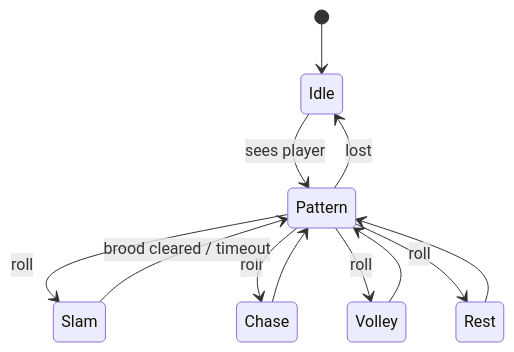
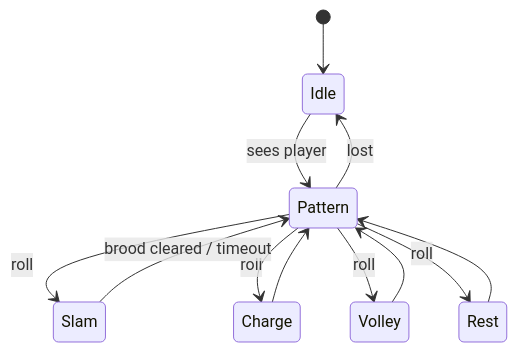
Before and after one commit to lownpho/mages: diagram 24 of 45 in design/docs/enemies.md, drawn with Mermaid. The commit also changed other lines of this file and 80 other files, not shown here.

````diff
--- a/design/docs/enemies.md
+++ b/design/docs/enemies.md
@@ -548,14 +764,14 @@
 ```mermaid
 stateDiagram-v2
     [*] --> Idle
     Idle --> Pattern : sees player
     Pattern --> Slam : roll
-    Pattern --> Chase : roll
+    Pattern --> Charge : roll
     Pattern --> Volley : roll
     Pattern --> Rest : roll
     Slam --> Pattern : brood cleared / timeout
-    Chase --> Pattern
+    Charge --> Pattern
     Volley --> Pattern
     Rest --> Pattern
     Pattern --> Idle : lost
 ```
````
